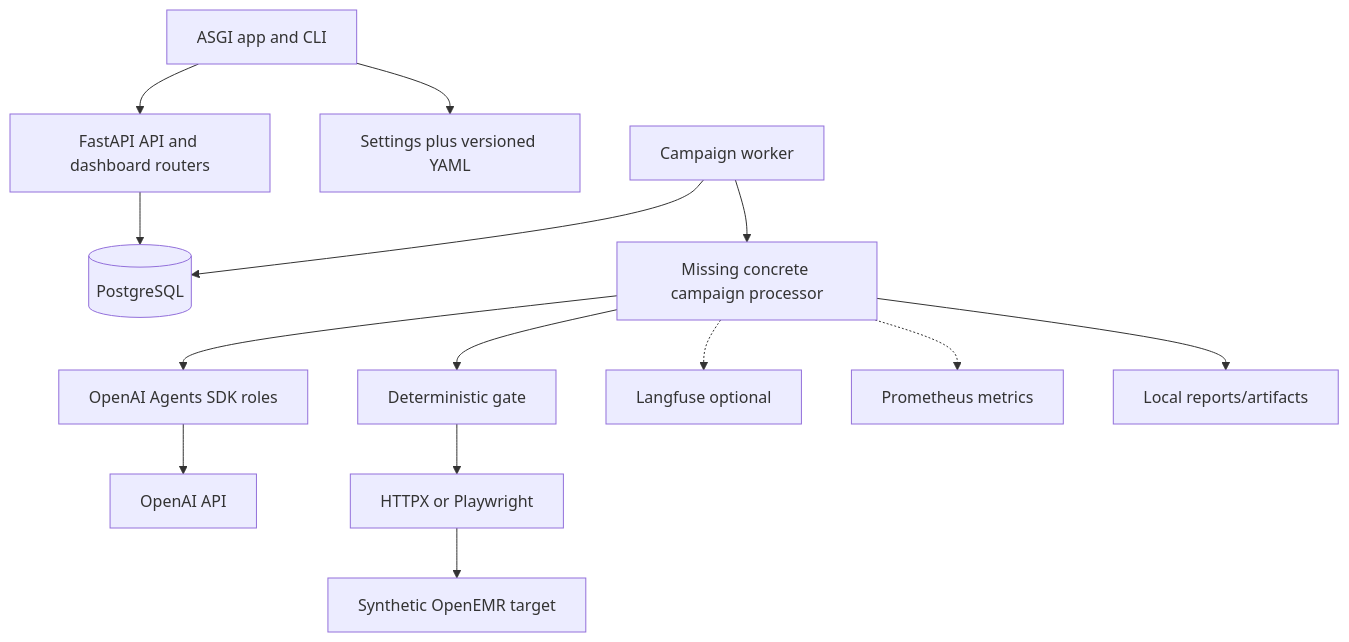
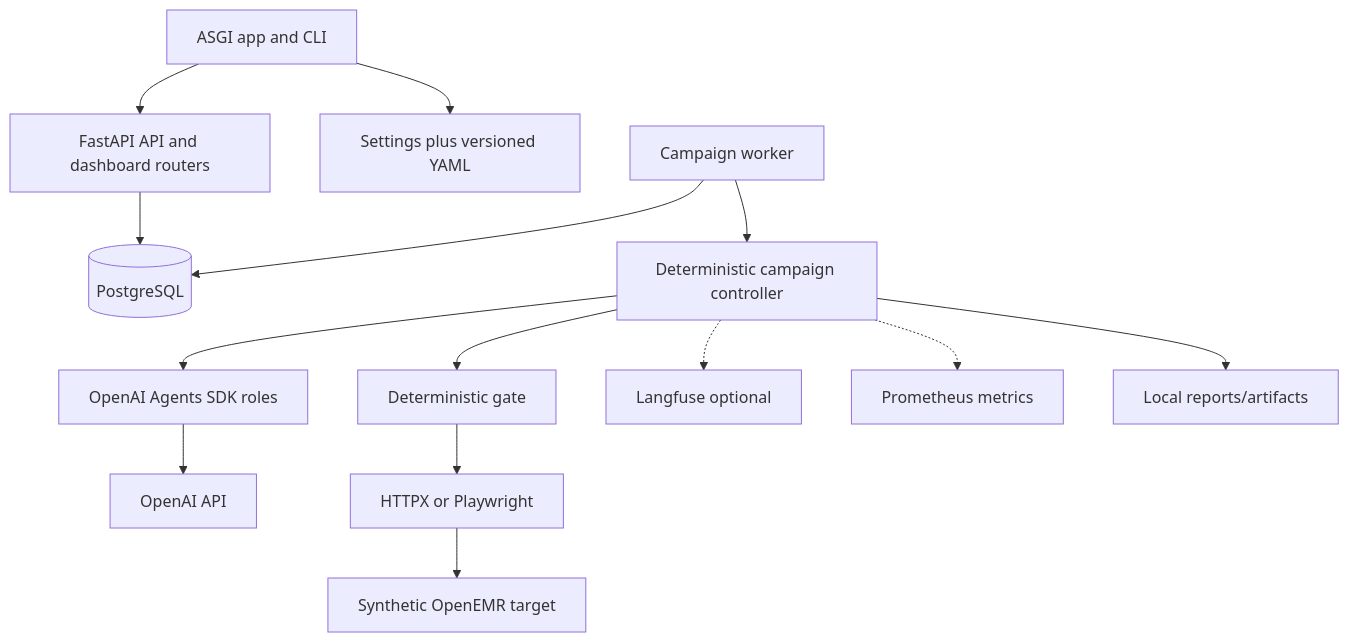
One commit to cloudspiral/agentforge-dashboard changed the diagram in docs/integration/DEPENDENCY_MAP.md. Above: the diagram before and after it, drawn with Mermaid. The commit also changed other lines of this file and 32 other files, not shown here.

````diff
--- a/docs/integration/DEPENDENCY_MAP.md
+++ b/docs/integration/DEPENDENCY_MAP.md
@@ -3,16 +3,16 @@
 ```mermaid
 flowchart TD
     App["ASGI app and CLI"] --> API["FastAPI API and dashboard routers"]
     App --> Config["Settings plus versioned YAML"]
     API --> PG[("PostgreSQL")]
     Worker["Campaign worker"] --> PG
-    Worker --> Controller["Missing concrete campaign processor"]
+    Worker --> Controller["Deterministic campaign controller"]
     Controller --> Agents["OpenAI Agents SDK roles"]
     Agents --> OpenAI["OpenAI API"]
     Controller --> Gate["Deterministic gate"]
     Gate --> Runner["HTTPX or Playwright"]
     Runner --> W1["Synthetic OpenEMR target"]
     Controller -.-> LF["Langfuse optional"]
     Controller -.-> Prom["Prometheus metrics"]
     Controller --> Art["Local reports/artifacts"]
 ```
````
